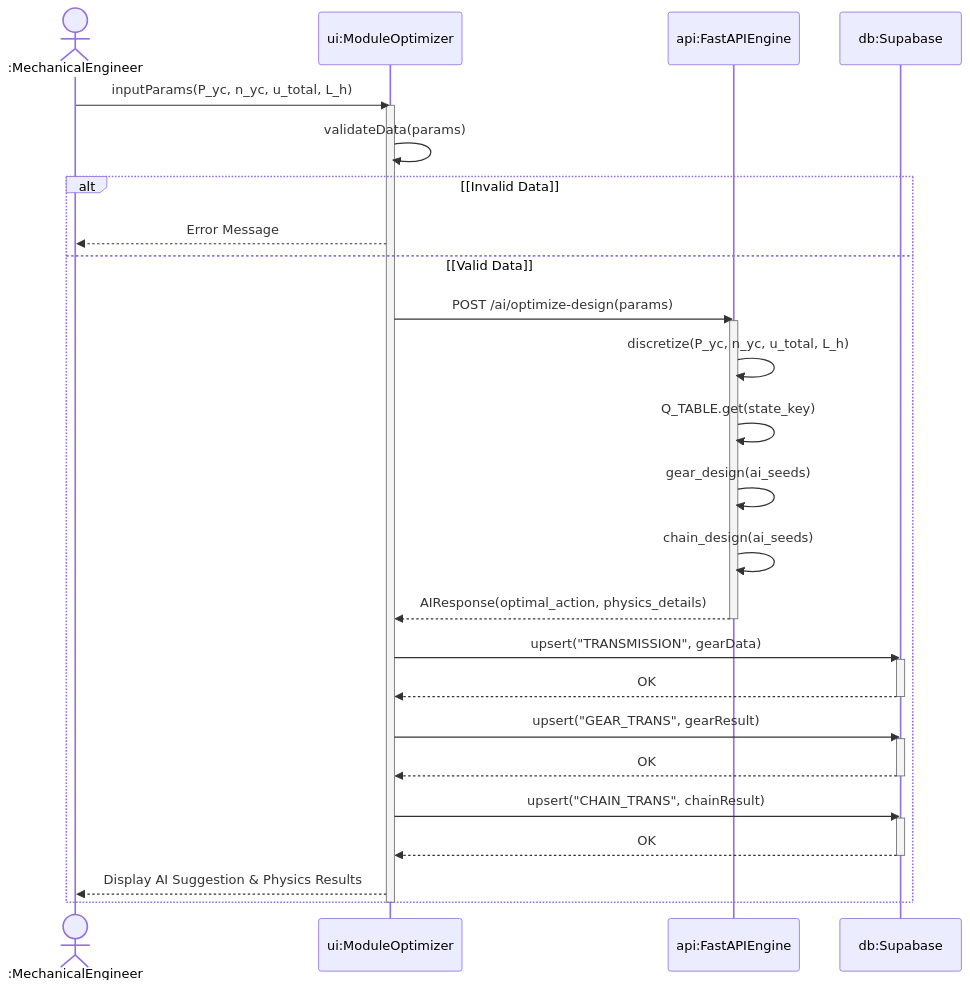
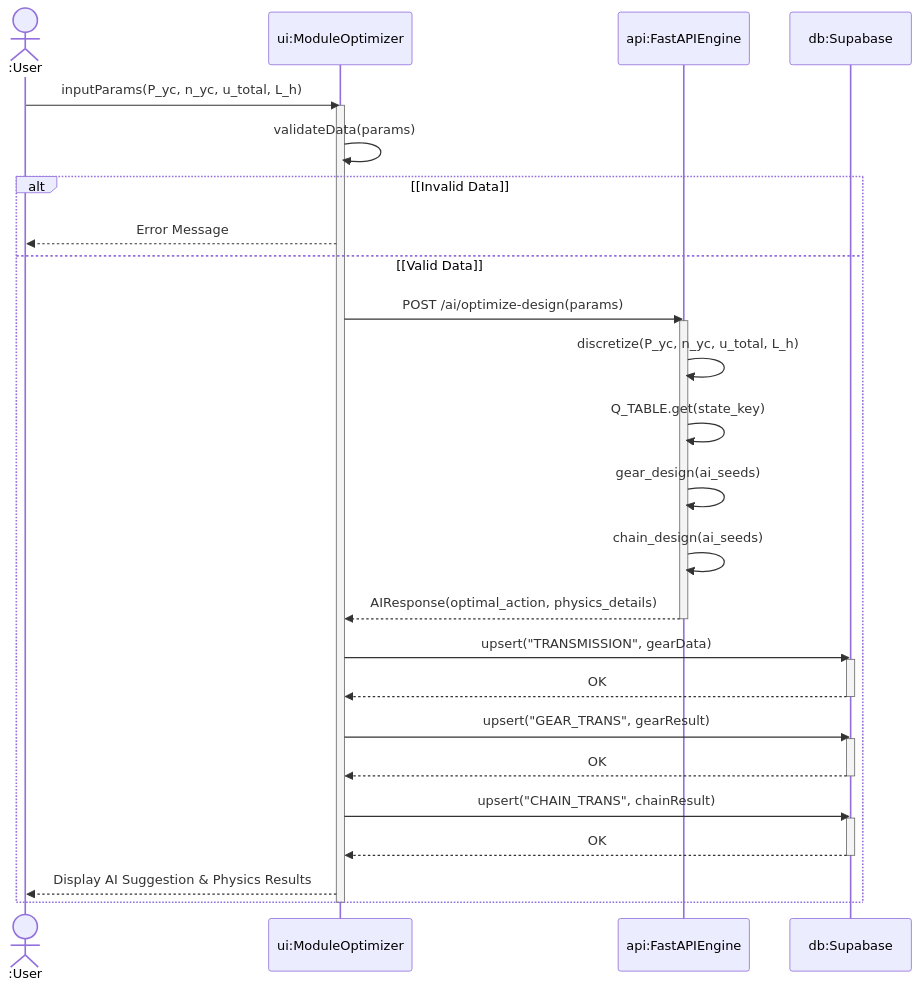
Before and after one commit to dvydinh/mechdrive: the first of 4 diagrams in docs/uml/4_Sequence_Diagrams.md, drawn with Mermaid. The commit also changed other lines of this file and 2 other files, not shown here.

````diff
--- a/docs/uml/4_Sequence_Diagrams.md
+++ b/docs/uml/4_Sequence_Diagrams.md
@@ -5,45 +5,45 @@
 ```mermaid
 %%{init: {'theme': 'default', 'themeVariables': {'background': '#ffffff'}}}%%
 sequenceDiagram
-    actor Eng as :MechanicalEngineer
+    actor User as :User
     participant UI as ui:ModuleOptimizer
     participant API as api:FastAPIEngine
     participant DB as db:Supabase
 
-    Eng->>UI: inputParams(P_yc, n_yc, u_total, L_h)
+    User->>UI: inputParams(P_yc, n_yc, u_total, L_h)
     activate UI
     UI->>UI: validateData(params)
     
     alt [Invalid Data]
-        UI-->>Eng: Error Message
+        UI-->>User: Error Message
     else [Valid Data]
         UI->>API: POST /ai/optimize-design(params)
         activate API
         
         API->>API: discretize(P_yc, n_yc, u_total, L_h)
         API->>API: Q_TABLE.get(state_key)
         API->>API: gear_design(ai_seeds)
         API->>API: chain_design(ai_seeds)
         
         API-->>UI: AIResponse(optimal_action, physics_details)
         deactivate API
         
         UI->>DB: upsert("TRANSMISSION", gearData)
         activate DB
         DB-->>UI: OK
         deactivate DB
         
         UI->>DB: upsert("GEAR_TRANS", gearResult)
         activate DB
         DB-->>UI: OK
         deactivate DB
         
         UI->>DB: upsert("CHAIN_TRANS", chainResult)
         activate DB
         DB-->>UI: OK
         deactivate DB
         
-        UI-->>Eng: Display AI Suggestion & Physics Results
+        UI-->>User: Display AI Suggestion & Physics Results
     end
     deactivate UI
 ```
````
